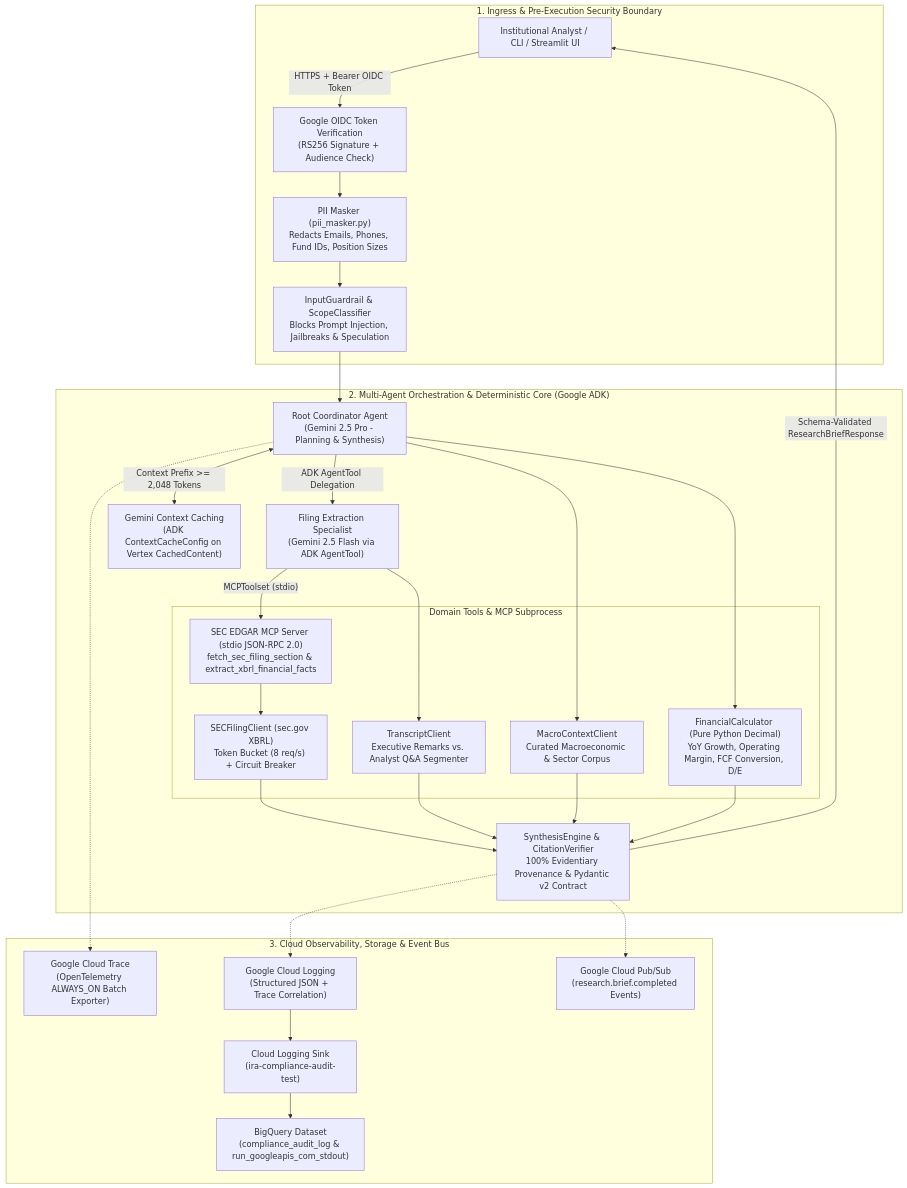
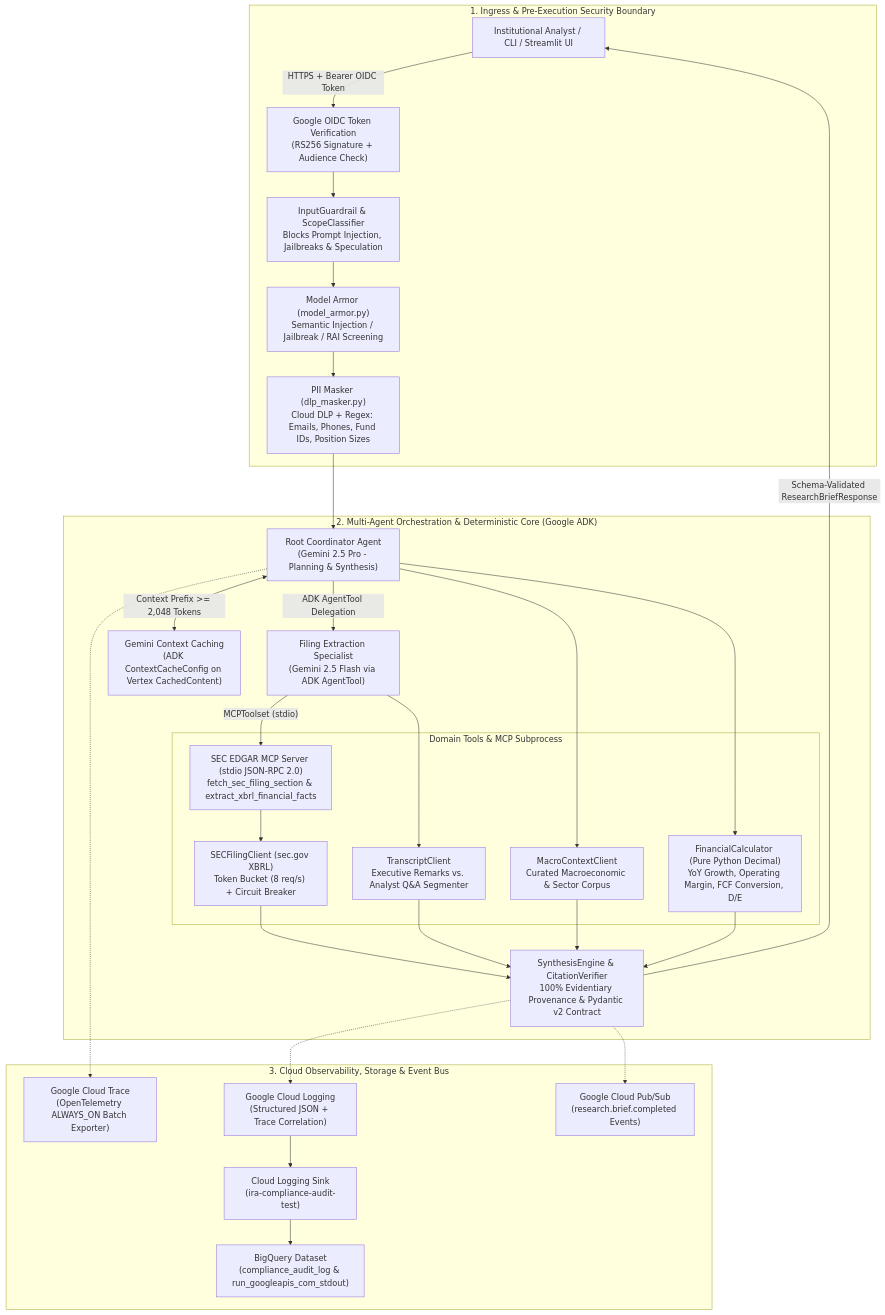
One commit to Ignotus-21/Finance-Agent---Investment-Research-Agent changed the diagram in README.md. Above: the diagram before and after it, drawn with Mermaid. The commit also changed other lines of this file and 23 other files, not shown here.

````diff
--- a/README.md
+++ b/README.md
@@ -39,48 +39,49 @@
 ```mermaid
 graph TB
     subgraph Ingress["1. Ingress & Pre-Execution Security Boundary"]
         Client["Institutional Analyst / CLI / Streamlit UI"]
         OIDC["Google OIDC Token Verification<br/>(RS256 Signature + Audience Check)"]
-        PII["PII Masker (pii_masker.py)<br/>Redacts Emails, Phones, Fund IDs, Position Sizes"]
         Guard["InputGuardrail & ScopeClassifier<br/>Blocks Prompt Injection, Jailbreaks & Speculation"]
+        Armor["Model Armor (model_armor.py)<br/>Semantic Injection / Jailbreak / RAI Screening"]
+        PII["PII Masker (dlp_masker.py)<br/>Cloud DLP + Regex: Emails, Phones, Fund IDs, Position Sizes"]
     end
 
     subgraph Core["2. Multi-Agent Orchestration & Deterministic Core (Google ADK)"]
         Coordinator["Root Coordinator Agent<br/>(Gemini 2.5 Pro - Planning & Synthesis)"]
         Specialist["Filing Extraction Specialist<br/>(Gemini 2.5 Flash via ADK AgentTool)"]
         Cache["Gemini Context Caching<br/>(ADK ContextCacheConfig on Vertex CachedContent)"]
 
         subgraph Tools["Domain Tools & MCP Subprocess"]
             MCP["SEC EDGAR MCP Server (stdio JSON-RPC 2.0)<br/>fetch_sec_filing_section & extract_xbrl_financial_facts"]
             SECClient["SECFilingClient (sec.gov XBRL)<br/>Token Bucket (8 req/s) + Circuit Breaker"]
             TransTool["TranscriptClient<br/>Executive Remarks vs. Analyst Q&A Segmenter"]
             MacroTool["MacroContextClient<br/>Curated Macroeconomic & Sector Corpus"]
             CalcTool["FinancialCalculator (Pure Python Decimal)<br/>YoY Growth, Operating Margin, FCF Conversion, D/E"]
         end
 
         Verifier["SynthesisEngine & CitationVerifier<br/>100% Evidentiary Provenance & Pydantic v2 Contract"]
     end
 
     subgraph Telemetry["3. Cloud Observability, Storage & Event Bus"]
         Trace["Google Cloud Trace<br/>(OpenTelemetry ALWAYS_ON Batch Exporter)"]
         Logging["Google Cloud Logging<br/>(Structured JSON + Trace Correlation)"]
         Sink["Cloud Logging Sink<br/>(ira-compliance-audit-test)"]
         BQ["BigQuery Dataset<br/>(compliance_audit_log & run_googleapis_com_stdout)"]
         PubSub["Google Cloud Pub/Sub<br/>(research.brief.completed Events)"]
     end
 
     Client -->|"HTTPS + Bearer OIDC Token"| OIDC
-    OIDC --> PII --> Guard --> Coordinator
+    OIDC --> Guard --> Armor --> PII --> Coordinator
     Coordinator <-->|"Context Prefix >= 2,048 Tokens"| Cache
     Coordinator -->|"ADK AgentTool Delegation"| Specialist
     Specialist -->|"MCPToolset (stdio)"| MCP --> SECClient
     Specialist --> TransTool
     Coordinator --> MacroTool
     Coordinator --> CalcTool
     SECClient & TransTool & MacroTool & CalcTool --> Verifier
     Verifier -->|"Schema-Validated ResearchBriefResponse"| Client
 
     Coordinator -.-> Trace
     Verifier -.-> Logging --> Sink --> BQ
     Verifier -.-> PubSub
 ```
````
